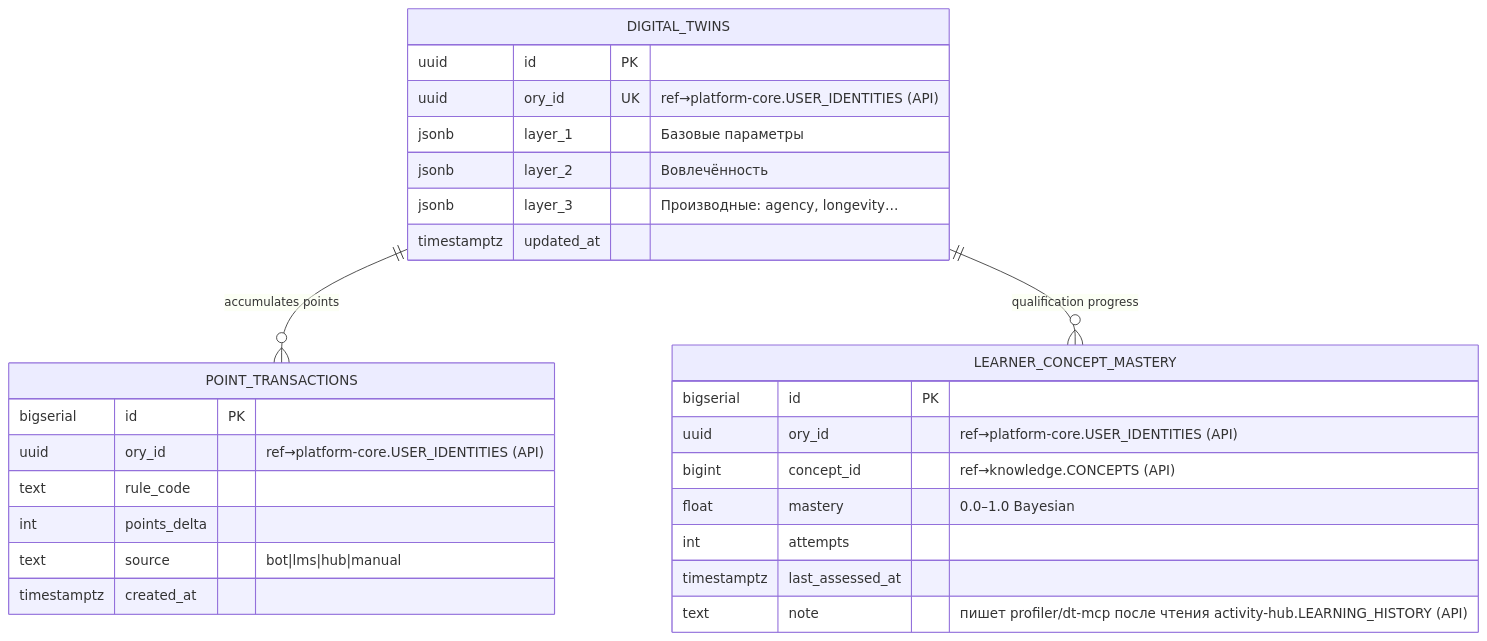
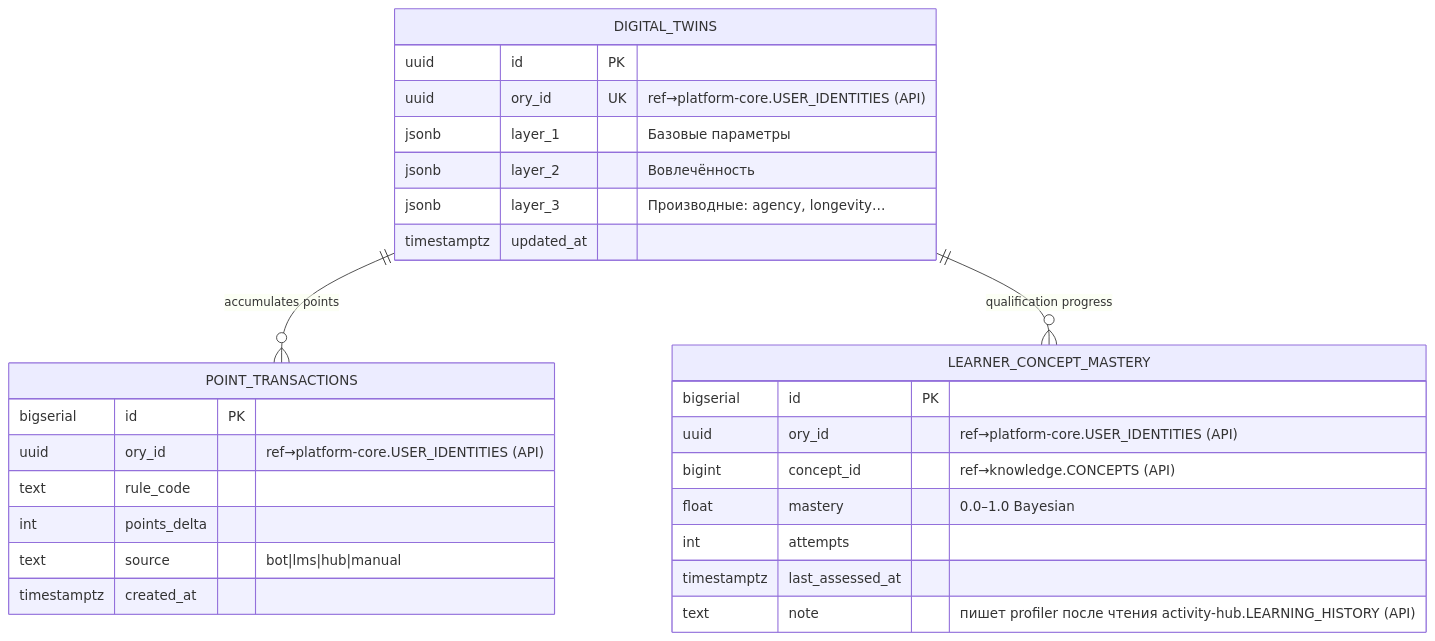
Before and after one commit to TserenTserenov/PACK-digital-platform: the third of 8 diagrams in pack/digital-platform/02-domain-entities/DP.ARCH.004-neon-data-architecture.md, drawn with Mermaid. The commit also changed other lines of this file and 2 other files, not shown here.

First line of the commit message:
refactor(dp.arch.004): full restructure with collapsible sections + solutions in ERD

````diff
--- a/pack/digital-platform/02-domain-entities/DP.ARCH.004-neon-data-architecture.md
+++ b/pack/digital-platform/02-domain-entities/DP.ARCH.004-neon-data-architecture.md
@@ -271,33 +260,33 @@
 ```mermaid
 erDiagram
     DIGITAL_TWINS {
         uuid        id              PK
         uuid        ory_id          UK  "ref→platform-core.USER_IDENTITIES (API)"
         jsonb       layer_1         "Базовые параметры"
         jsonb       layer_2         "Вовлечённость"
         jsonb       layer_3         "Производные: agency, longevity…"
         timestamptz updated_at
     }
 
     POINT_TRANSACTIONS {
         bigserial   id              PK
         uuid        ory_id          "ref→platform-core.USER_IDENTITIES (API)"
         text        rule_code
         int         points_delta
         text        source          "bot|lms|hub|manual"
         timestamptz created_at
     }
 
     LEARNER_CONCEPT_MASTERY {
         bigserial   id              PK
         uuid        ory_id          "ref→platform-core.USER_IDENTITIES (API)"
         bigint      concept_id      "ref→knowledge.CONCEPTS (API)"
         float       mastery         "0.0–1.0 Bayesian"
         int         attempts
         timestamptz last_assessed_at
-        text        note            "пишет profiler/dt-mcp после чтения activity-hub.LEARNING_HISTORY (API)"
+        text        note            "пишет profiler после чтения activity-hub.LEARNING_HISTORY (API)"
     }
 
     DIGITAL_TWINS ||--o{ POINT_TRANSACTIONS : "accumulates points"
     DIGITAL_TWINS ||--o{ LEARNER_CONCEPT_MASTERY : "qualification progress"
 ```
````
